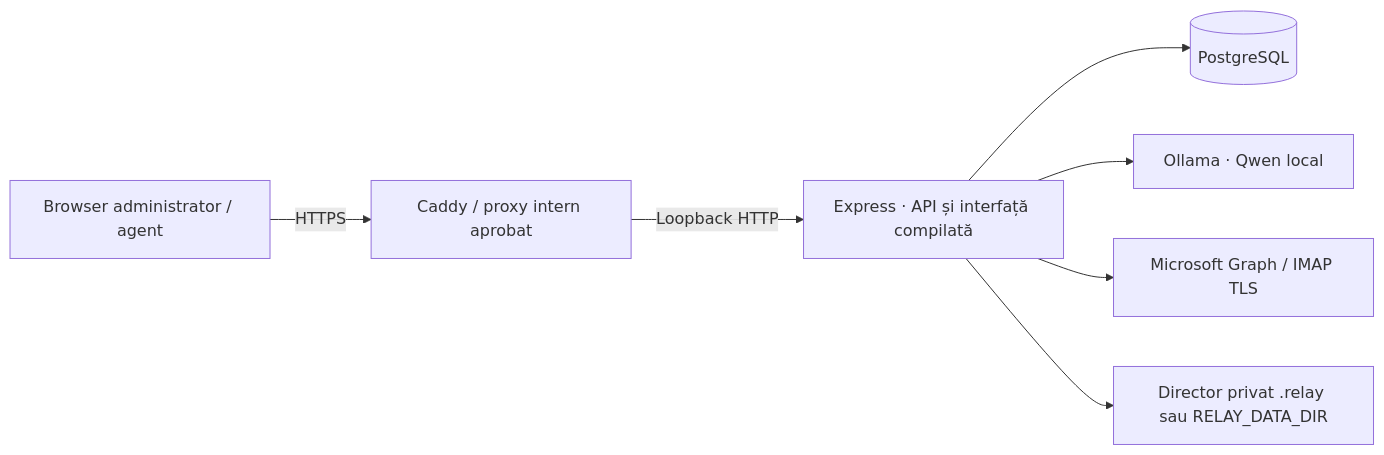
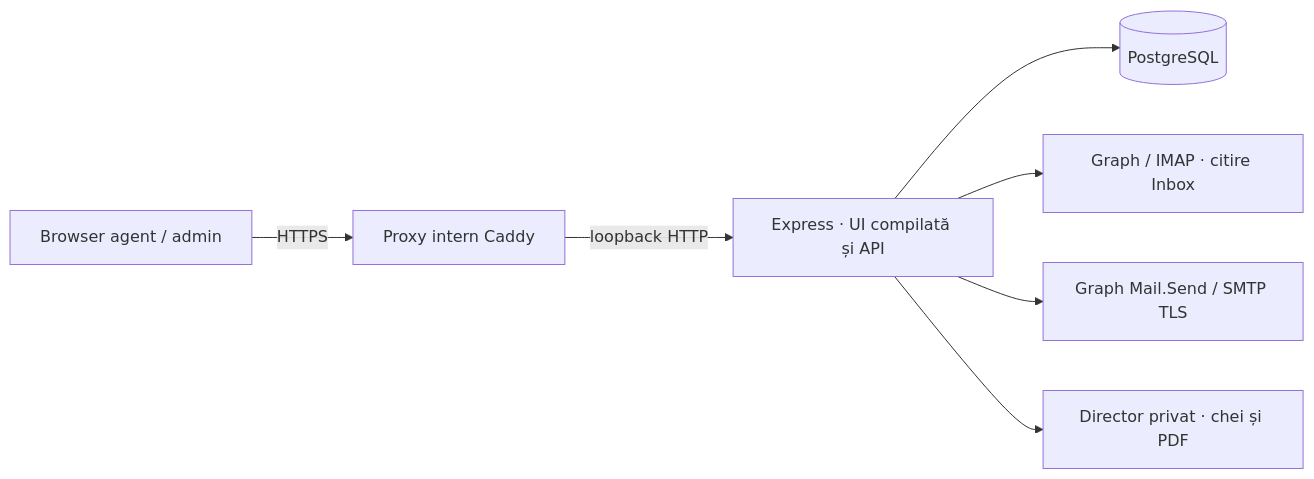
The diagram in docs/architecture.md (vladovidiu1/dispecerizare), drawn with Mermaid before and after one commit. The commit also changed other lines of this file and 57 other files, not shown here.

````diff
--- a/docs/architecture.md
+++ b/docs/architecture.md
@@ -9,9 +7,9 @@
 ```mermaid
 flowchart LR
-  U[Browser administrator / agent] -->|HTTPS| P[Caddy / proxy intern aprobat]
-  P -->|Loopback HTTP| A[Express · API și interfață compilată]
+  U[Browser agent / admin] -->|HTTPS| P[Proxy intern Caddy]
+  P -->|loopback HTTP| A[Express · UI compilată și API]
   A --> DB[(PostgreSQL)]
-  A --> O[Ollama · Qwen local]
-  A --> G[Microsoft Graph / IMAP TLS]
-  A --> F[Director privat .relay sau RELAY_DATA_DIR]
+  A --> M[Graph / IMAP · citire Inbox]
+  A --> S[Graph Mail.Send / SMTP TLS]
+  A --> K[Director privat · chei și PDF]
 ```
````
